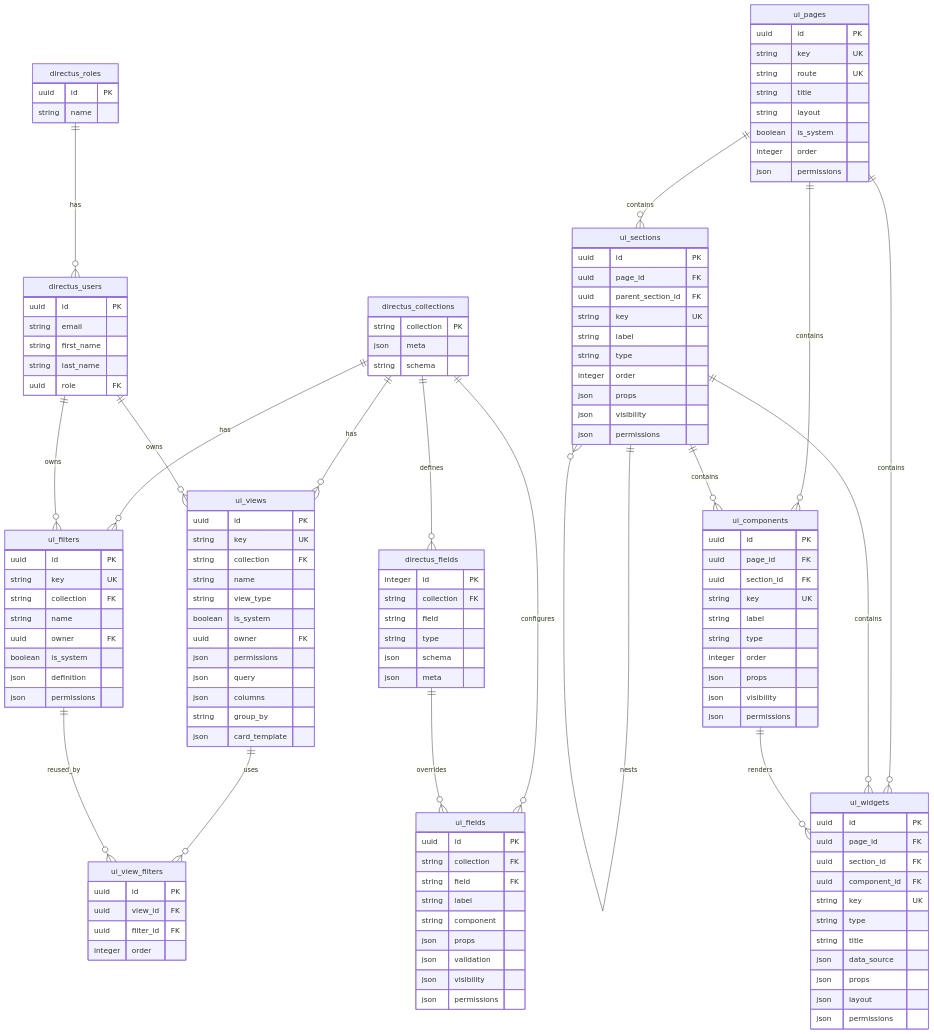
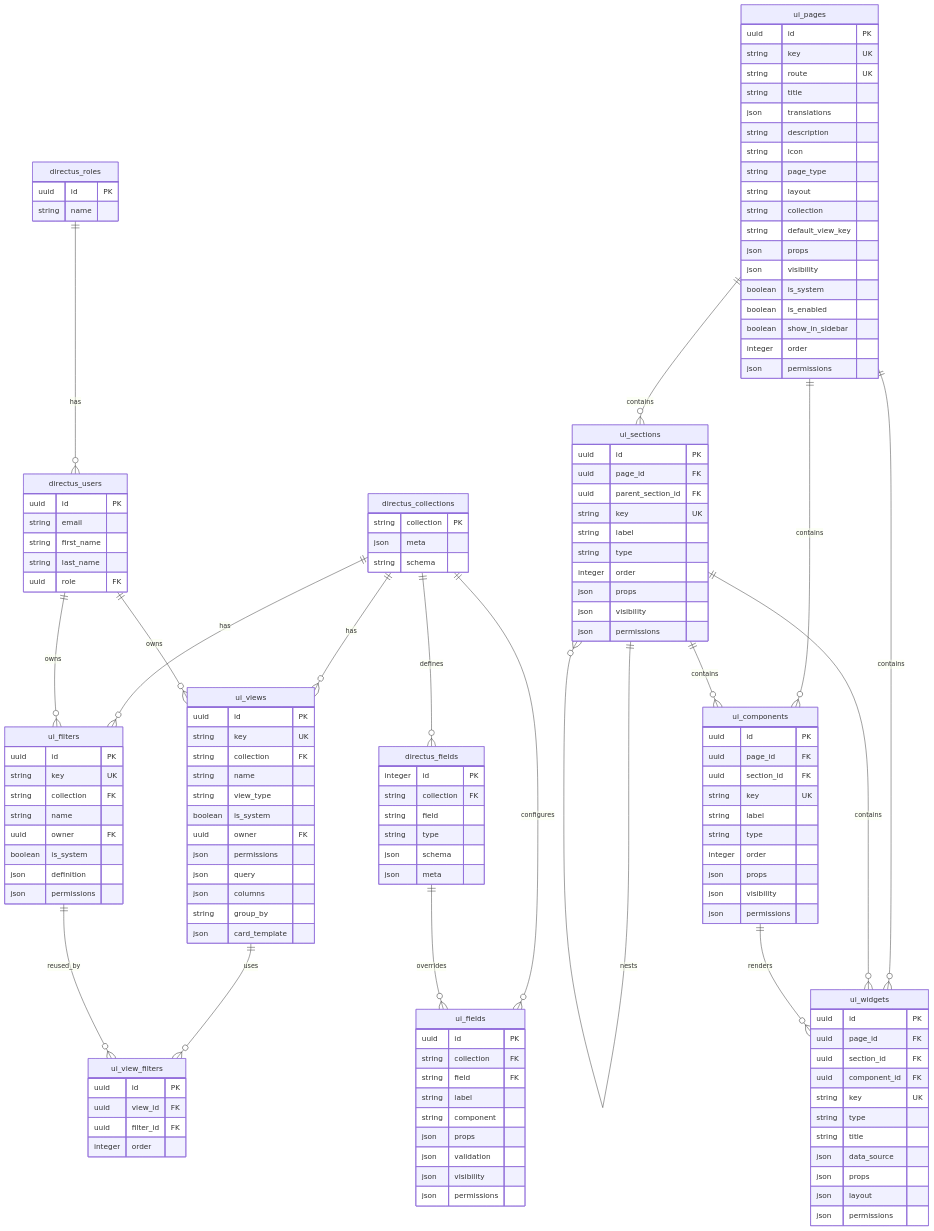
Before and after one commit to tmt203/cx2.0: the fourth of 4 diagrams in docs/architecture.md, drawn with Mermaid. The commit also changed other lines of this file and 12 other files, not shown here.

```diff
--- a/docs/architecture.md
+++ b/docs/architecture.md
@@ -251,8 +252,18 @@
         string key UK
         string route UK
         string title
+        json translations
+        string description
+        string icon
+        string page_type
         string layout
+        string collection
+        string default_view_key
+        json props
+        json visibility
         boolean is_system
+        boolean is_enabled
+        boolean show_in_sidebar
         integer order
         json permissions
     }
```
